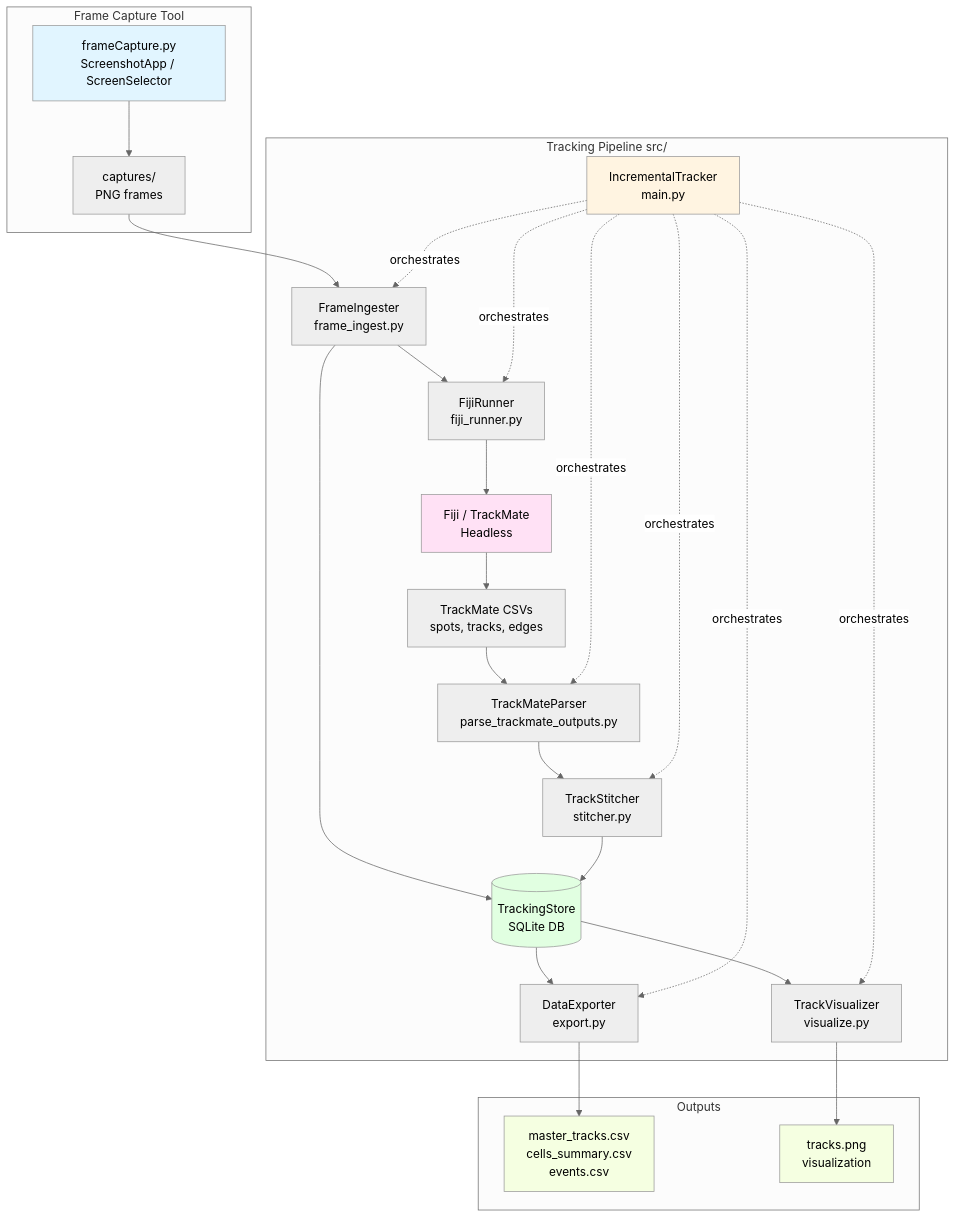
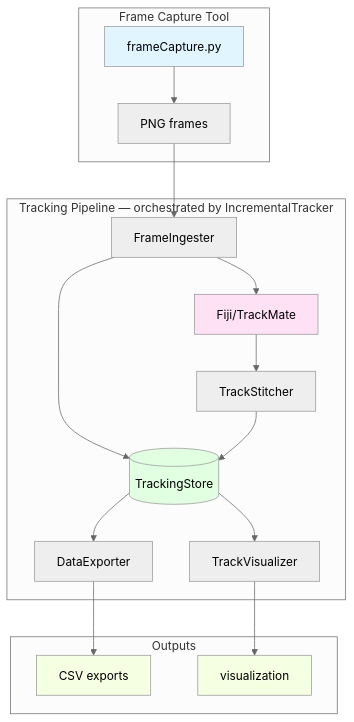
The first of 5 diagrams in docs/UML_DIAGRAMS.md (BlueRogue12/oncoTrack), drawn with Mermaid (neutral theme) before and after one commit. The commit also changed other lines of this file and 1 other file, not shown here.

````diff
--- a/docs/UML_DIAGRAMS.md
+++ b/docs/UML_DIAGRAMS.md
@@ -14,53 +15,36 @@
 ```mermaid
 graph TB
     subgraph "Frame Capture Tool"
-        FC[frameCapture.py<br/>ScreenshotApp / ScreenSelector]
-        FC_OUT[captures/<br/>PNG frames]
+        FC[frameCapture.py] --> FC_OUT[PNG frames]
     end
 
-    subgraph "Tracking Pipeline  src/"
-        FI[FrameIngester<br/>frame_ingest.py]
-        DB[(TrackingStore<br/>SQLite DB)]
-        FR[FijiRunner<br/>fiji_runner.py]
-        EXT[Fiji / TrackMate<br/>Headless]
-        CSV[TrackMate CSVs<br/>spots, tracks, edges]
-        TMP[TrackMateParser<br/>parse_trackmate_outputs.py]
-        TS[TrackStitcher<br/>stitcher.py]
-        EXP[DataExporter<br/>export.py]
-        VIZ[TrackVisualizer<br/>visualize.py]
-        ORCH[IncrementalTracker<br/>main.py]
+    subgraph "Tracking Pipeline — orchestrated by IncrementalTracker"
+        FI[FrameIngester]
+        DB[(TrackingStore)]
+        TM[Fiji/TrackMate]
+        TS[TrackStitcher]
+        EXP[DataExporter]
+        VIZ[TrackVisualizer]
     end
 
     subgraph "Outputs"
-        MCSV[master_tracks.csv<br/>cells_summary.csv<br/>events.csv]
-        PNG[tracks.png<br/>visualization]
+        MCSV[CSV exports]
+        PNG[visualization]
     end
 
-    FC --> FC_OUT
     FC_OUT --> FI
     FI --> DB
-    FI --> FR
-    FR --> EXT
-    EXT --> CSV
-    CSV --> TMP
-    TMP --> TS
+    FI --> TM
+    TM --> TS
     TS --> DB
     DB --> EXP
     DB --> VIZ
     EXP --> MCSV
     VIZ --> PNG
 
-    ORCH -.->|orchestrates| FI
-    ORCH -.->|orchestrates| FR
-    ORCH -.->|orchestrates| TMP
-    ORCH -.->|orchestrates| TS
-    ORCH -.->|orchestrates| EXP
-    ORCH -.->|orchestrates| VIZ
-
     style FC fill:#e1f5ff
-    style ORCH fill:#fff4e1
     style DB fill:#e1ffe1
-    style EXT fill:#ffe1f5
+    style TM fill:#ffe1f5
     style MCSV fill:#f5ffe1
     style PNG fill:#f5ffe1
 ```
````
